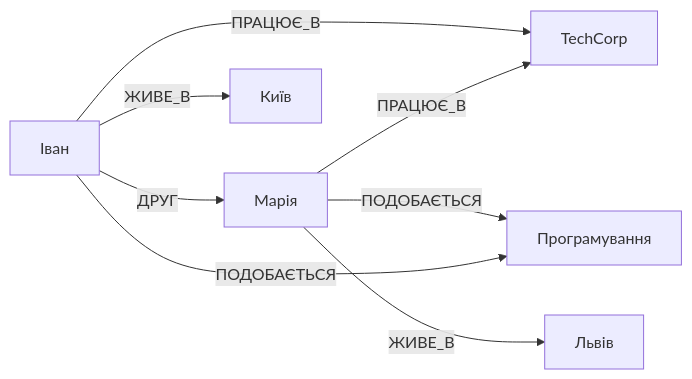
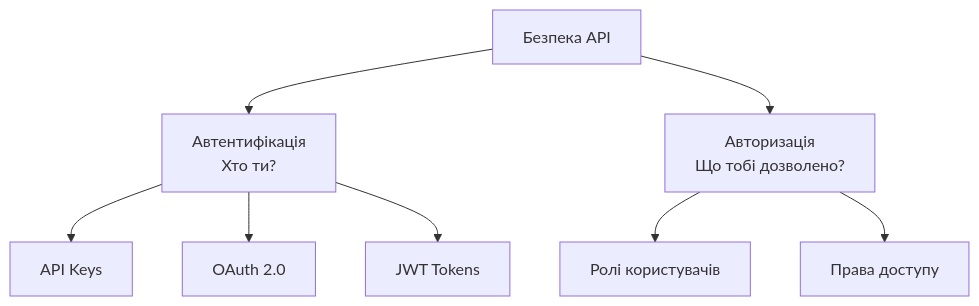
Before and after one commit to olroi421/course-opi: the fifth of 9 diagrams in docs/presentations/presentation-11.md, drawn with Mermaid. The commit also changed other lines of this file and 8 other files, not shown here.

````diff
--- a/docs/presentations/presentation-11.md
+++ b/docs/presentations/presentation-11.md
@@ -310,10 +385,12 @@
 ```mermaid
-graph LR
-    A[Іван] -->|ДРУГ| B[Марія]
-    A -->|ПРАЦЮЄ_В| C[TechCorp]
-    B -->|ПРАЦЮЄ_В| C
-    B -->|ПОДОБАЄТЬСЯ| D[Програмування]
-    A -->|ПОДОБАЄТЬСЯ| D
-    A -->|ЖИВЕ_В| E[Київ]
-    B -->|ЖИВЕ_В| F[Львів]
+graph TB
+    A[Безпека API] --> B[Автентифікація<br/>Хто ти?]
+    A --> C[Авторизація<br/>Що тобі дозволено?]
+
+    B --> D[API Keys]
+    B --> E[OAuth 2.0]
+    B --> F[JWT Tokens]
+
+    C --> G[Ролі користувачів]
+    C --> H[Права доступу]
 ```
````
